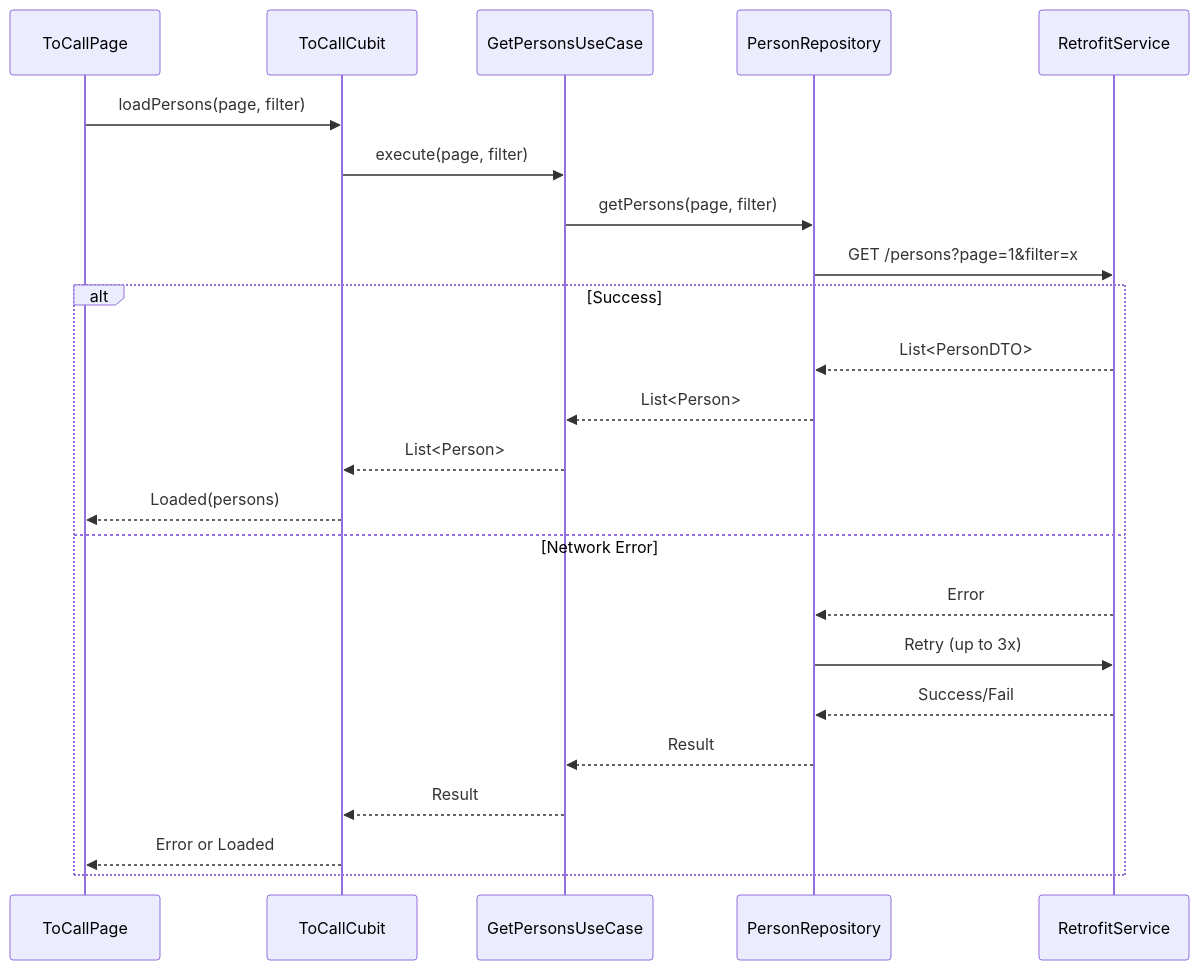
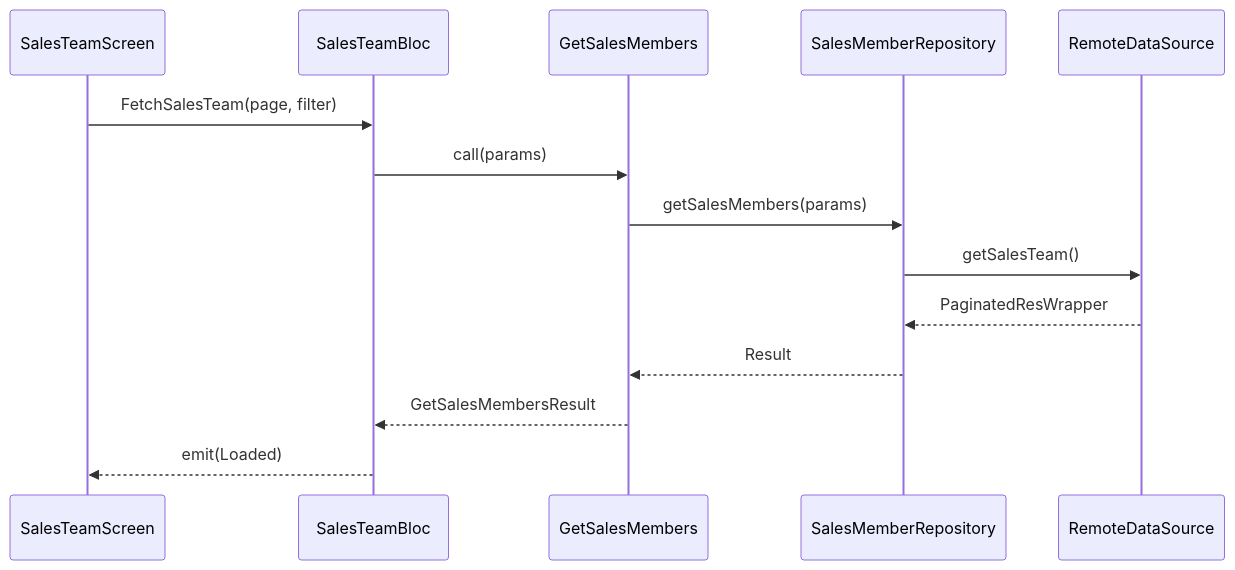
The first of 4 diagrams in README.md (tuyen123khac/clean-architecture-todo-app), drawn with Mermaid before and after one commit. The commit also changed other lines of this file, not shown here.

````diff
--- a/README.md
+++ b/README.md
@@ -131,27 +135,17 @@
 ```mermaid
 sequenceDiagram
-    participant UI as ToCallPage
-    participant C as ToCallCubit
-    participant UC as GetPersonsUseCase
-    participant R as PersonRepository
-    participant API as RetrofitService
+    participant UI as SalesTeamScreen
+    participant Bloc as SalesTeamBloc
+    participant UC as GetSalesMembers
+    participant Repo as SalesMemberRepository
+    participant API as RemoteDataSource
 
-    UI->>C: loadPersons(page, filter)
-    C->>UC: execute(page, filter)
-    UC->>R: getPersons(page, filter)
-    R->>API: GET /persons?page=1&filter=x
-
-    alt Success
-        API-->>R: List<PersonDTO>
-        R-->>UC: List<Person>
-        UC-->>C: List<Person>
-        C-->>UI: Loaded(persons)
-    else Network Error
-        API-->>R: Error
-        R->>API: Retry (up to 3x)
-        API-->>R: Success/Fail
-        R-->>UC: Result
-        UC-->>C: Result
-        C-->>UI: Error or Loaded
-    end
+    UI->>Bloc: FetchSalesTeam(page, filter)
+    Bloc->>UC: call(params)
+    UC->>Repo: getSalesMembers(params)
+    Repo->>API: getSalesTeam()
+    API-->>Repo: PaginatedResWrapper
+    Repo-->>UC: Result
+    UC-->>Bloc: GetSalesMembersResult
+    Bloc-->>UI: emit(Loaded)
 ```
````
